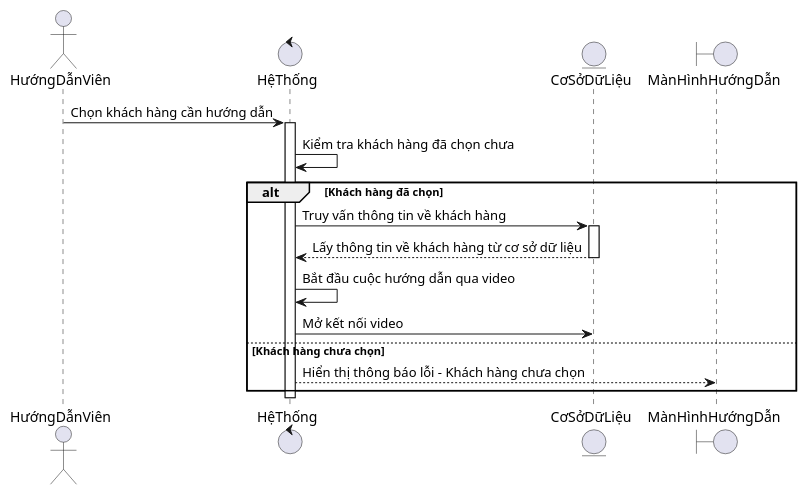
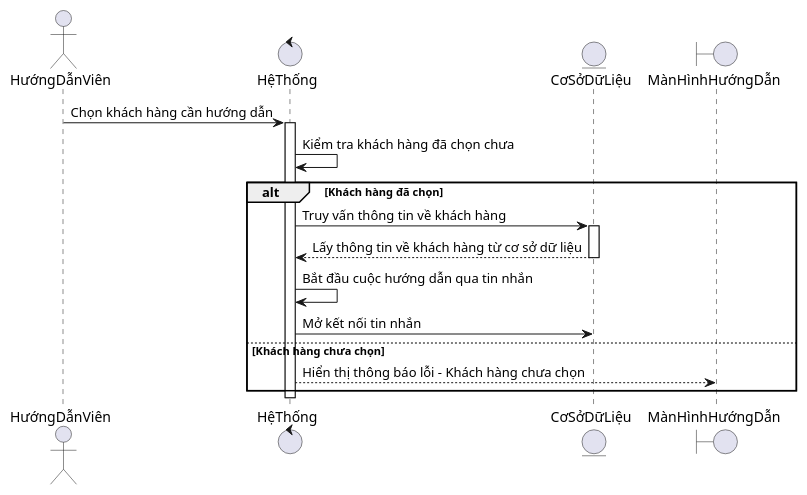
One commit to Khoitran0205/SE357-Pratice-class changed the diagram in lab1.2/sequence_diagrams/liveInstructions.plantuml. Above: the diagram before and after it, drawn with PlantUML. The commit also changed 1 other file, not shown here.

```diff
--- a/lab1.2/sequence_diagrams/liveInstructions.plantuml
+++ b/lab1.2/sequence_diagrams/liveInstructions.plantuml
@@ -1,25 +1,25 @@
 @startuml liveInstructions_sequence_diagram
 
 actor HướngDẫnViên
 control HệThống
 entity CơSởDữLiệu
 boundary MànHìnhHướngDẫn
 
 HướngDẫnViên -> HệThống: Chọn khách hàng cần hướng dẫn
 activate HệThống
 
 HệThống -> HệThống: Kiểm tra khách hàng đã chọn chưa
 alt Khách hàng đã chọn
   HệThống -> CơSởDữLiệu: Truy vấn thông tin về khách hàng
   activate CơSởDữLiệu
   CơSởDữLiệu --> HệThống: Lấy thông tin về khách hàng từ cơ sở dữ liệu
   deactivate CơSởDữLiệu
-  HệThống -> HệThống: Bắt đầu cuộc hướng dẫn qua video
-  HệThống -> CơSởDữLiệu: Mở kết nối video
+  HệThống -> HệThống: Bắt đầu cuộc hướng dẫn qua tin nhắn
+  HệThống -> CơSởDữLiệu: Mở kết nối tin nhắn
 else Khách hàng chưa chọn
   HệThống --> MànHìnhHướngDẫn: Hiển thị thông báo lỗi - Khách hàng chưa chọn
 end
 
 deactivate HệThống
 
 @enduml
```
